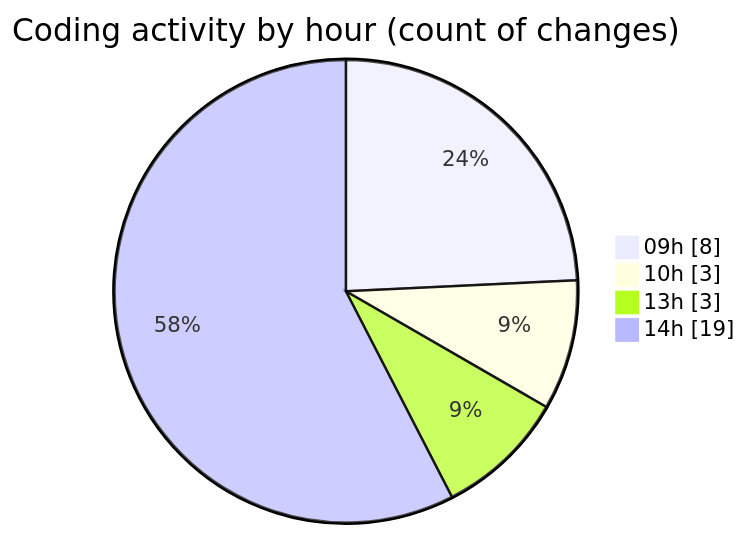
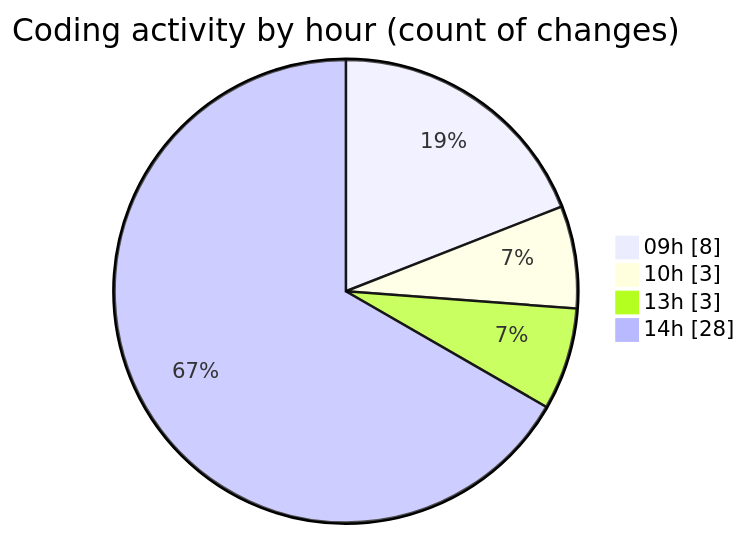
Before and after one commit to momahboobian/code-tracking: the second of 2 diagrams in 2026-04-09/cda/README.md, drawn with Mermaid. The commit also changed other lines of this file and 1 other file, not shown here.

````diff
--- a/2026-04-09/cda/README.md
+++ b/2026-04-09/cda/README.md
@@ -42,8 +42,8 @@
 ```mermaid
 pie showData
 title Coding activity by hour (count of changes)
 "09h" : 8
 "10h" : 3
 "13h" : 3
-"14h" : 19
+"14h" : 28
 ```
````
